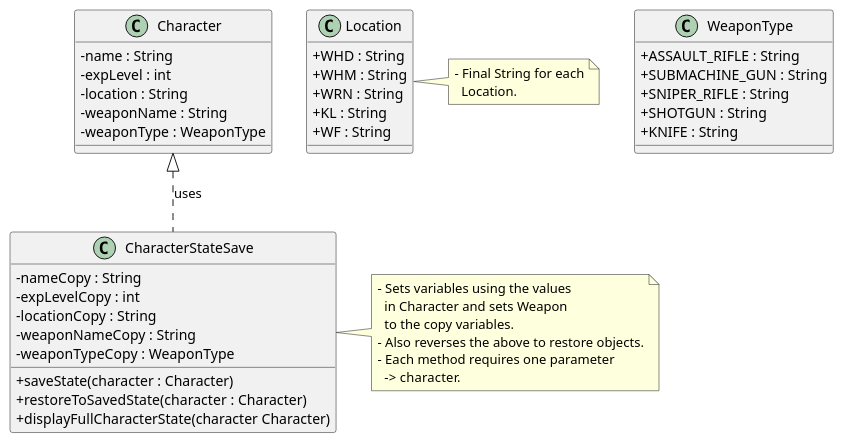
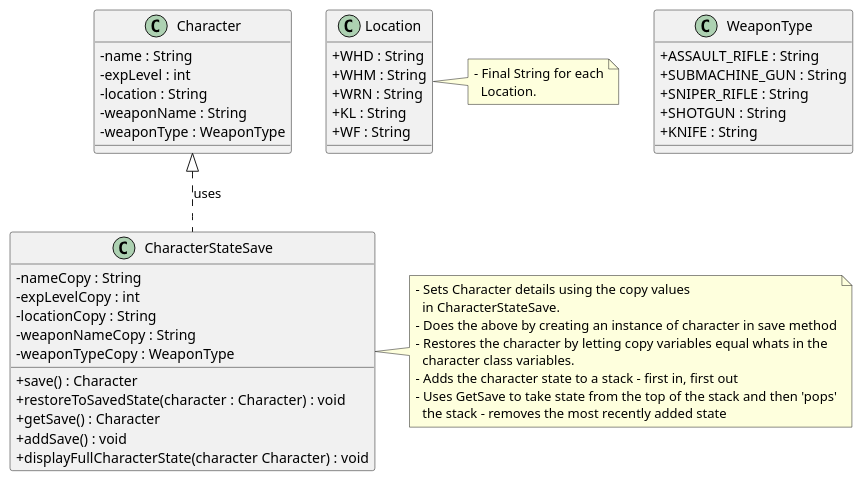
Before and after one commit to ShaneMcGinley/Memento: the diagram in src/OpenWorldGame.puml, drawn with PlantUML.

Commit message:
Before Memento is added - Updated Class Diagram and Annotations

```diff
--- a/src/OpenWorldGame.puml
+++ b/src/OpenWorldGame.puml
@@ -1,57 +1,61 @@
 @startuml
 skinparam classAttributeIconSize 0
 
 class Character {
 - name : String
 - expLevel : int
 - location : String
 - weaponName : String
 - weaponType : WeaponType
 
 }
 
 class CharacterStateSave {
 - nameCopy : String
 - expLevelCopy : int
 - locationCopy : String
 - weaponNameCopy : String
 - weaponTypeCopy : WeaponType
 
-+ saveState(character : Character)
-+ restoreToSavedState(character : Character)
-+ displayFullCharacterState(character Character)
++ save() : Character
++ restoreToSavedState(character : Character) : void
++ getSave() : Character
++ addSave() : void
++ displayFullCharacterState(character Character) : void
 }
 
 note right {
-- Sets variables using the values
-  in Character and sets Weapon
-  to the copy variables.
-- Also reverses the above to restore objects.
-- Each method requires one parameter
-  -> character.
+- Sets Character details using the copy values
+  in CharacterStateSave.
+- Does the above by creating an instance of character in save method
+- Restores the character by letting copy variables equal whats in the
+  character class variables.
+- Adds the character state to a stack - first in, first out
+- Uses GetSave to take state from the top of the stack and then 'pops'
+  the stack - removes the most recently added state
 }
 
 class WeaponType {
 + ASSAULT_RIFLE : String
 + SUBMACHINE_GUN : String
 + SNIPER_RIFLE : String
 + SHOTGUN : String
 + KNIFE : String
 }
 
 class Location {
 + WHD : String
 + WHM : String
 + WRN : String
 + KL : String
 + WF : String
 }
 
 note right {
 - Final String for each
   Location.
 }
 
 Character <|.. CharacterStateSave : uses
 
 @enduml
```
